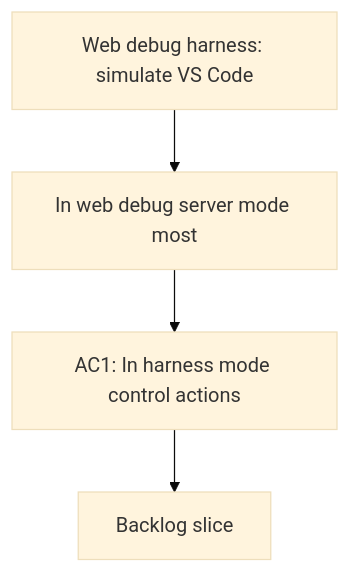
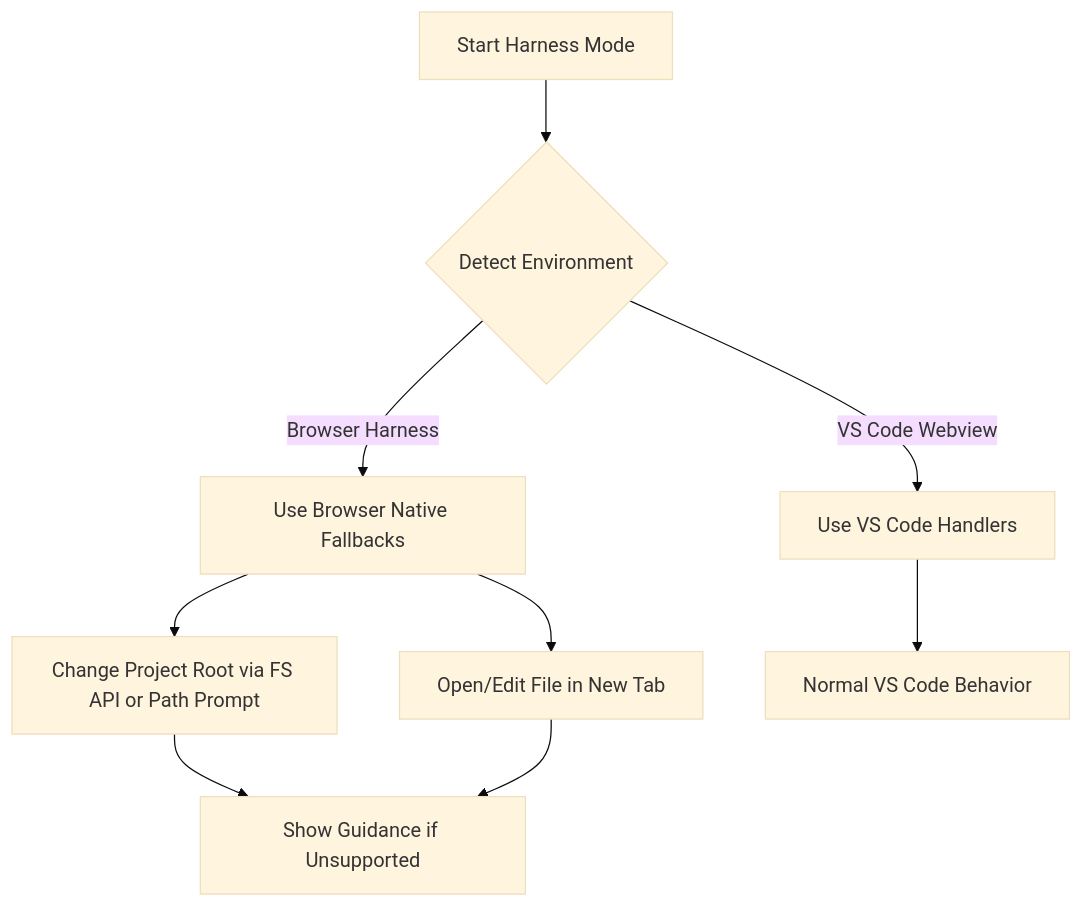
One commit to AlexAgo83/logics-manager changed the diagram in logics/request/req_012_web_debug_harness_simulate_vs_code_controls_with_browser_native_behavior.md. Above: the diagram before and after it, drawn with Mermaid (base theme). The commit also changed other lines of this file and 54 other files, not shown here.

````diff
--- a/logics/request/req_012_web_debug_harness_simulate_vs_code_controls_with_browser_native_behavior.md
+++ b/logics/request/req_012_web_debug_harness_simulate_vs_code_controls_with_browser_native_behavior.md
@@ -10,8 +10,13 @@
 ```mermaid
 %% logics-kind: request
 %% logics-signature: request|web-debug-harness-simulate-vs-code-contr|in-web-debug-server-mode-most|ac1-in-harness-mode-control-actions
 flowchart TD
-    Trigger[Web debug harness: simulate VS Code] --> Need[In web debug server mode most]
-    Need --> Outcome[AC1: In harness mode control actions]
-    Outcome --> Backlog[Backlog slice]
+  A[Start Harness Mode] --> B{Detect Environment}
+  B -->|VS Code Webview| C[Use VS Code Handlers]
+  B -->|Browser Harness| D[Use Browser Native Fallbacks]
+  D --> E[Change Project Root via FS API or Path Prompt]
+  D --> F[Open/Edit File in New Tab]
+  C --> G[Normal VS Code Behavior]
+  E --> H[Show Guidance if Unsupported]
+  F --> H
 ```
````
